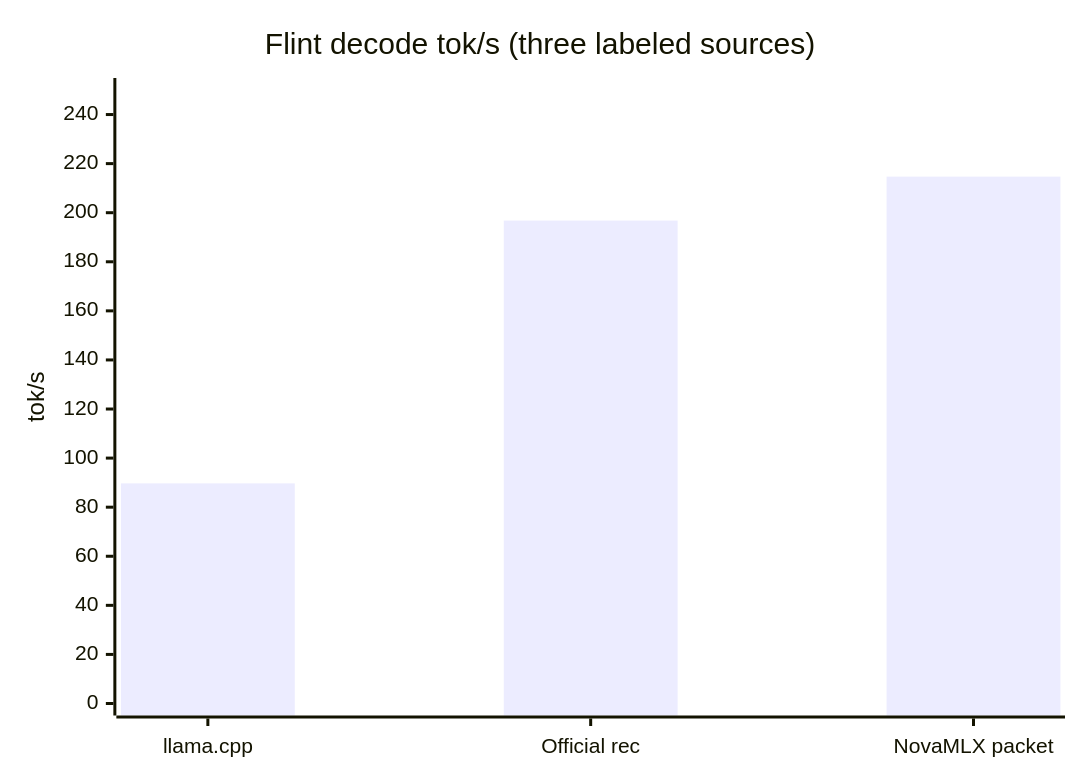
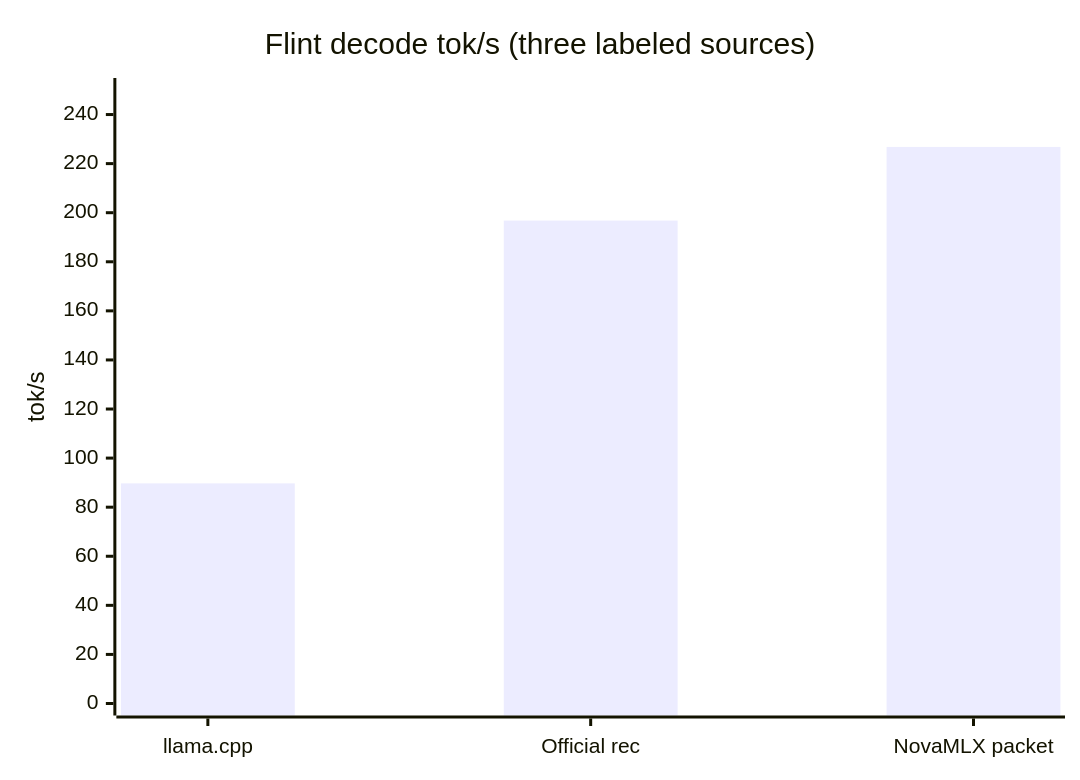
One commit to cnshsliu/novamlx changed the diagram in docs/features/flint.md. Above: the diagram before and after it, drawn with Mermaid. The commit also changed other lines of this file and 3 other files, not shown here.

````diff
--- a/docs/features/flint.md
+++ b/docs/features/flint.md
@@ -57,7 +58,7 @@
 ```mermaid
 xychart-beta
     title "Flint decode tok/s (three labeled sources)"
     x-axis ["llama.cpp", "Official rec", "NovaMLX packet"]
     y-axis "tok/s" 0 --> 250
-    bar [89.7, 196.8, 214.7]
+    bar [89.7, 196.8, 226.8]
 ```
````
